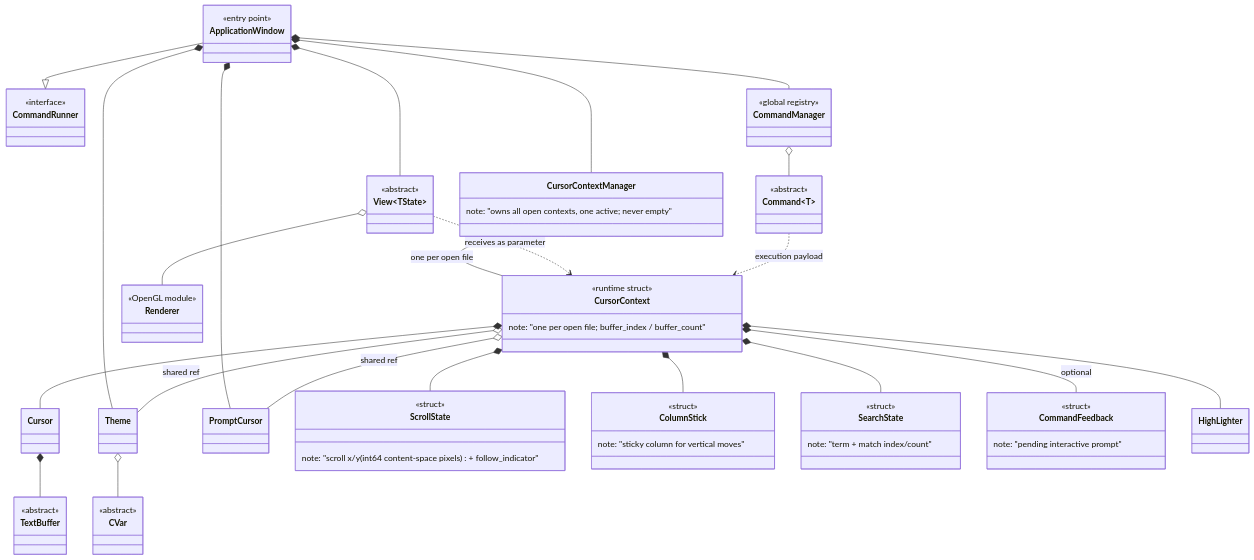
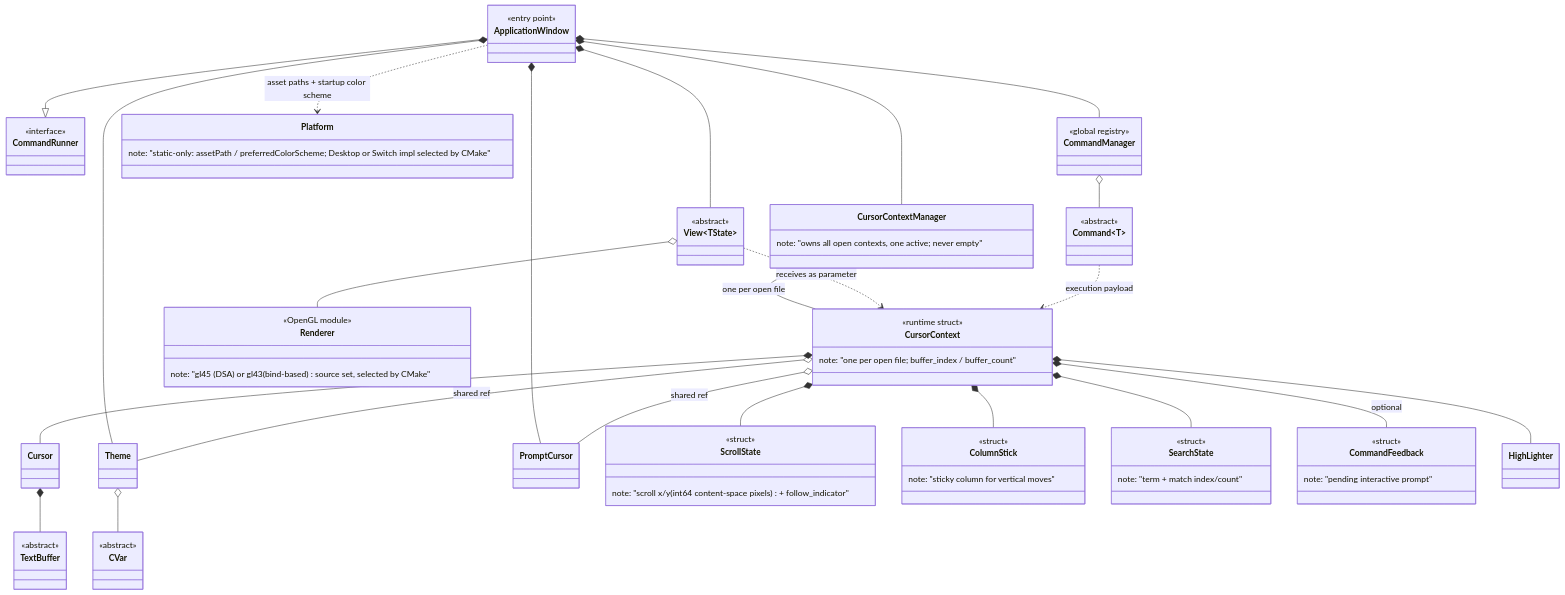
One commit to notnotme/bbloc changed the tenth of 10 diagrams in docs/class_diagram.md. Above: the diagram before and after it, drawn with Mermaid. The commit also changed other lines of this file and 19 other files, not shown here.

````diff
--- a/docs/class_diagram.md
+++ b/docs/class_diagram.md
@@ -349,76 +356,81 @@
 ```mermaid
 classDiagram
     class ApplicationWindow {
         <<entry point>>
     }
     class CommandRunner {
         <<interface>>
     }
     class CommandManager {
         <<global registry>>
     }
     class Theme
     class CursorContextManager {
         note: "owns all open contexts, one active; never empty"
     }
     class CursorContext {
         <<runtime struct>>
         note: "one per open file; buffer_index / buffer_count"
     }
     class Cursor
     class PromptCursor
     class ScrollState {
         <<struct>>
         note: "scroll x/y (int64 content-space pixels) + follow_indicator"
     }
     class ColumnStick {
         <<struct>>
         note: "sticky column for vertical moves"
     }
     class SearchState {
         <<struct>>
         note: "term + match index/count"
     }
     class CommandFeedback {
         <<struct>>
         note: "pending interactive prompt"
     }
     class View~TState~ {
         <<abstract>>
     }
     class Command~T~ {
         <<abstract>>
     }
     class TextBuffer {
         <<abstract>>
     }
     class CVar {
         <<abstract>>
     }
     class Renderer {
         <<OpenGL module>>
+        note: "gl45 (DSA) or gl43 (bind-based) source set, selected by CMake"
+    }
+    class Platform {
+        note: "static-only: assetPath / preferredColorScheme; Desktop or Switch impl selected by CMake"
     }
     class HighLighter
 
     ApplicationWindow --|> CommandRunner
+    ApplicationWindow ..> Platform : asset paths + startup color scheme
     ApplicationWindow *-- CommandManager
     ApplicationWindow *-- Theme
     ApplicationWindow *-- PromptCursor
     ApplicationWindow *-- CursorContextManager
     ApplicationWindow *-- View~TState~
     CommandManager o-- Command~T~
     CursorContextManager *-- CursorContext : one per open file
     CursorContext *-- Cursor
     CursorContext o-- PromptCursor : shared ref
     CursorContext o-- Theme : shared ref
     Cursor *-- TextBuffer
     CursorContext *-- HighLighter
     CursorContext *-- ScrollState
     CursorContext *-- ColumnStick
     CursorContext *-- SearchState
     CursorContext *-- CommandFeedback : optional
     Theme o-- CVar
     View~TState~ o-- Renderer
     View~TState~ ..> CursorContext : receives as parameter
     Command~T~ ..> CursorContext : execution payload
 ```
````
